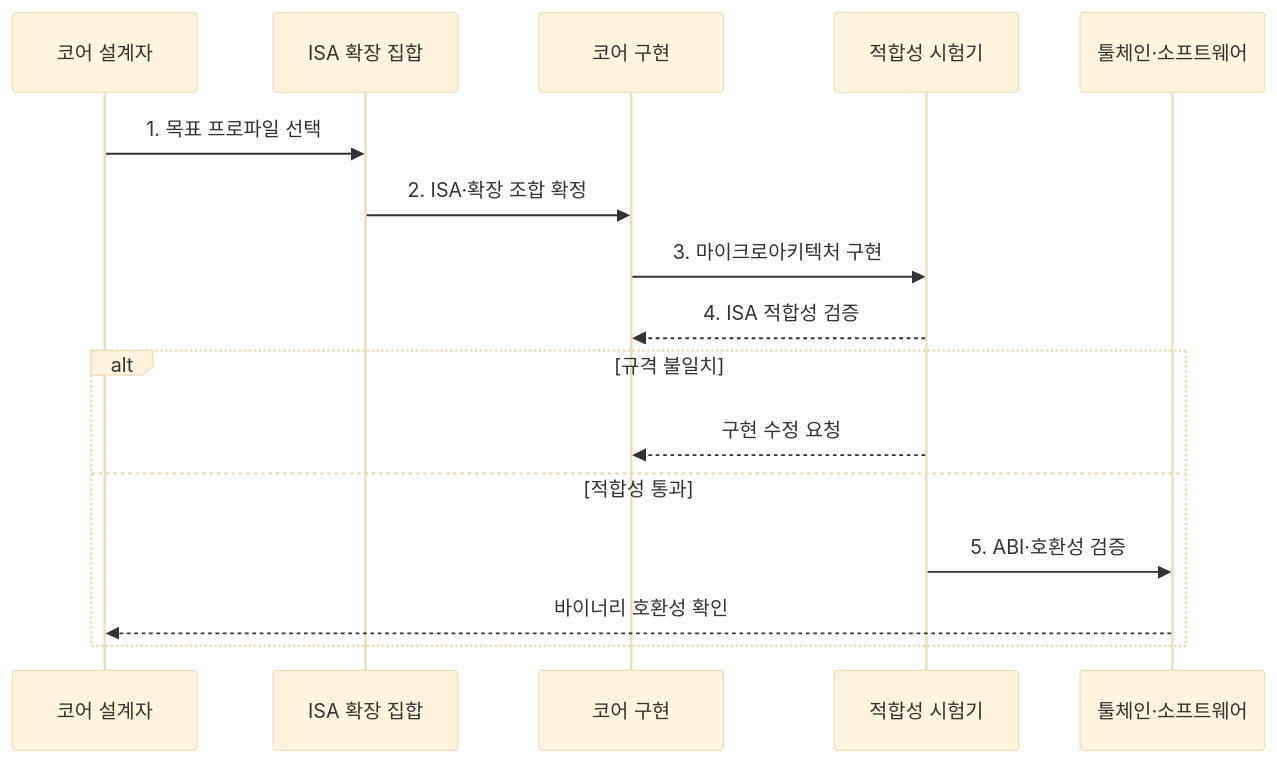
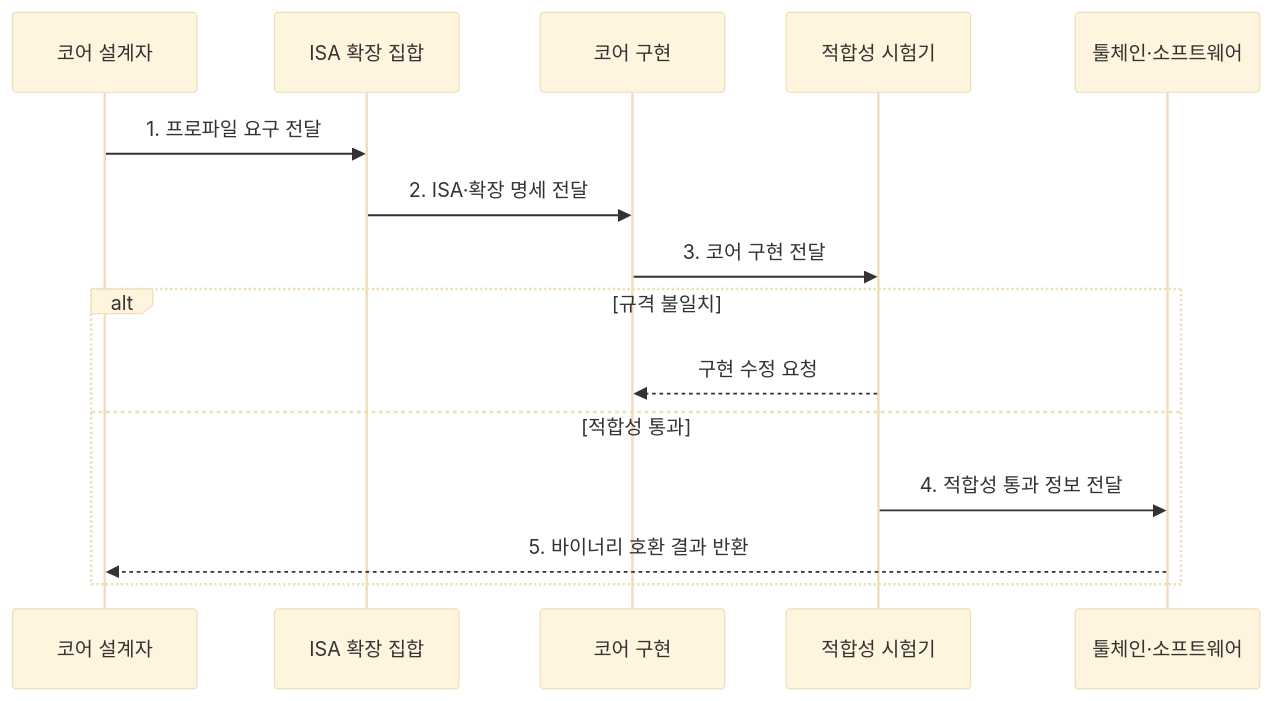
The second of 2 diagrams in src/content/docs/notes/02-hardware/004_risc_v.md (agnusdei1207/knowledge-base), drawn with Mermaid (base theme) before and after one commit. The commit also changed other lines of this file and 20 other files, not shown here.

````diff
--- a/src/content/docs/notes/02-hardware/004_risc_v.md
+++ b/src/content/docs/notes/02-hardware/004_risc_v.md
@@ -87,18 +86,17 @@
 ```mermaid
 sequenceDiagram
     participant D as 코어 설계자
     participant E as ISA 확장 집합
     participant C as 코어 구현
     participant T as 적합성 시험기
     participant S as 툴체인·소프트웨어
-    D->>E: 1. 목표 프로파일 선택
-    E->>C: 2. ISA·확장 조합 확정
-    C->>T: 3. 마이크로아키텍처 구현
-    T-->>C: 4. ISA 적합성 검증
+    D->>E: 1. 프로파일 요구 전달
+    E->>C: 2. ISA·확장 명세 전달
+    C->>T: 3. 코어 구현 전달
     alt 규격 불일치
         T-->>C: 구현 수정 요청
     else 적합성 통과
-        T->>S: 5. ABI·호환성 검증
-        S-->>D: 바이너리 호환성 확인
+        T->>S: 4. 적합성 통과 정보 전달
+        S-->>D: 5. 바이너리 호환 결과 반환
     end
 ```
````
